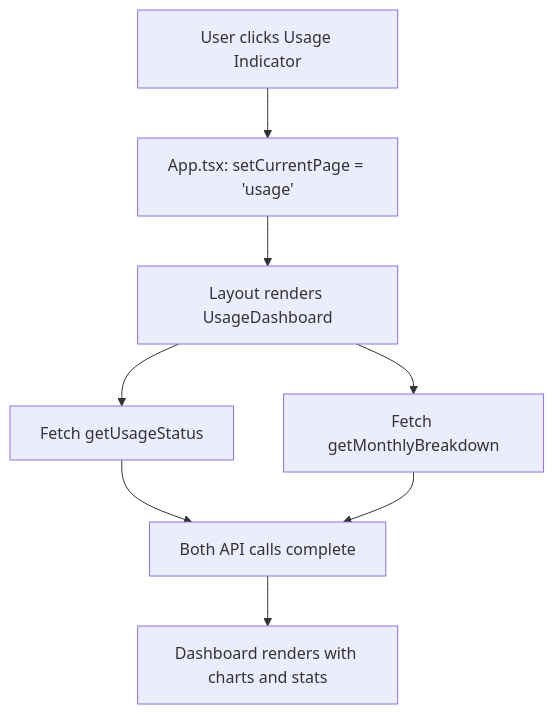
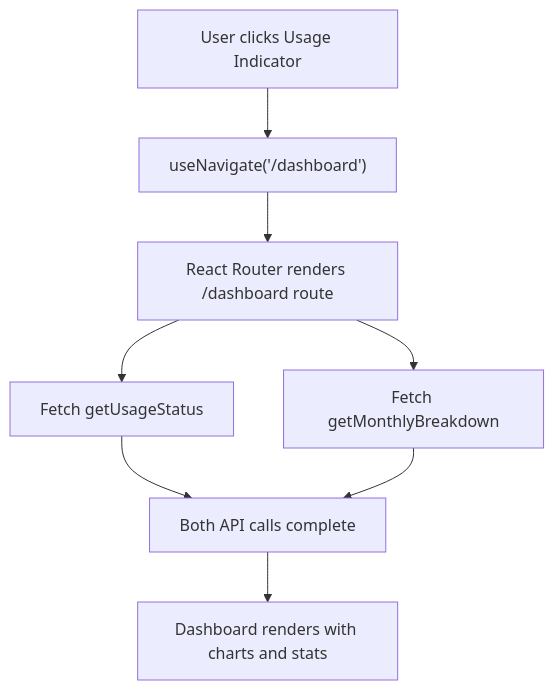
One commit to elis-salobehaj/mediquery-ai changed the first of 3 diagrams in docs/humans/designs/frontend_architecture.md. Above: the diagram before and after it, drawn with Mermaid. The commit also changed other lines of this file and 39 other files, not shown here.

````diff
--- a/docs/humans/designs/frontend_architecture.md
+++ b/docs/humans/designs/frontend_architecture.md
@@ -66,10 +52,10 @@
 ```mermaid
 flowchart TD
-    A[User clicks Usage Indicator] --> B[App.tsx: setCurrentPage = 'usage']
-    B --> C[Layout renders UsageDashboard]
+  A[User clicks Usage Indicator] --> B["useNavigate('/dashboard')"]
+  B --> C["React Router renders /dashboard route"]
     C --> D[Fetch getUsageStatus]
     C --> E[Fetch getMonthlyBreakdown]
     D --> F[Both API calls complete]
     E --> F
     F --> G[Dashboard renders with charts and stats]
 ```
````
